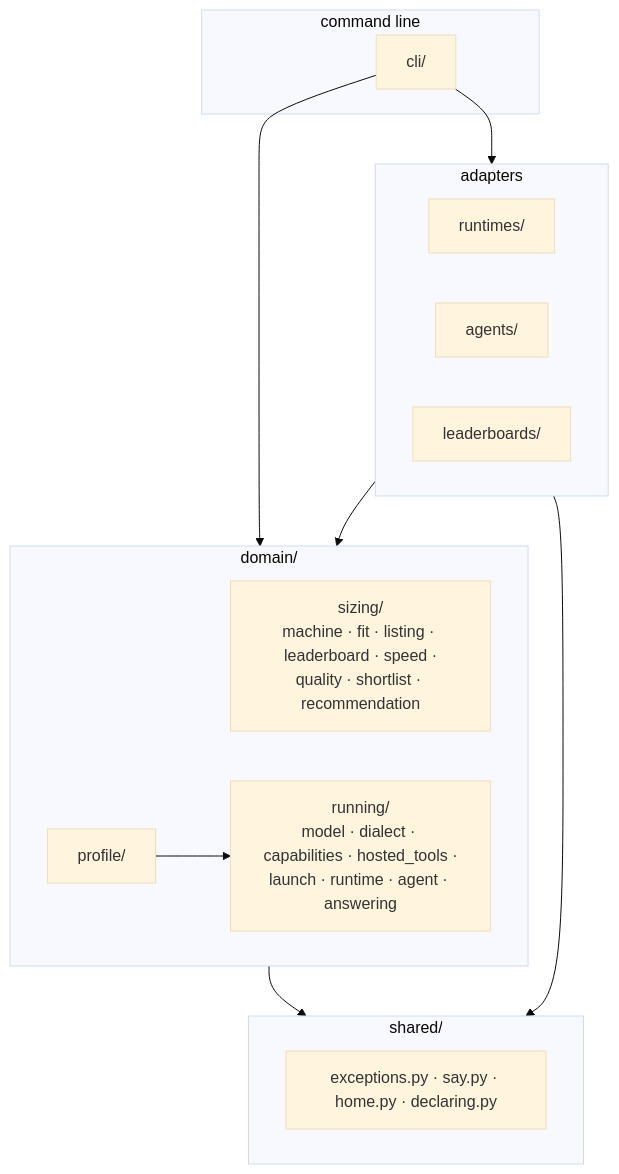
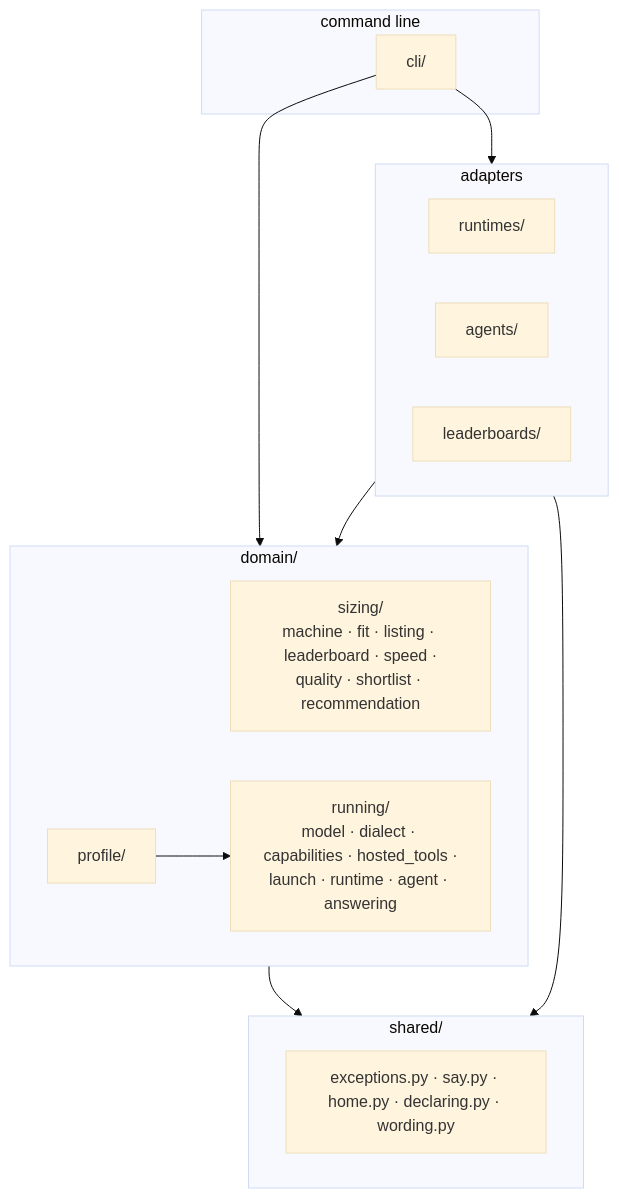
One commit to pvardanis/offgrid changed the first of 3 diagrams in docs/architecture.md. Above: the diagram before and after it, drawn with Mermaid (base theme). The commit also changed other lines of this file and 5 other files, not shown here.

````diff
--- a/docs/architecture.md
+++ b/docs/architecture.md
@@ -13,26 +13,26 @@
 ```mermaid
 flowchart TD
     subgraph cmd [command line]
         cli["cli/"]
     end
     subgraph adapters [adapters]
         rt["runtimes/"]
         ag["agents/"]
         lb["leaderboards/"]
     end
     subgraph domain ["domain/"]
         sizing["sizing/<br/>machine · fit · listing · leaderboard · speed ·<br/>quality · shortlist · recommendation"]
         running["running/<br/>model · dialect · capabilities · hosted_tools ·<br/>launch · runtime · agent · answering"]
         profile["profile/"]
     end
     subgraph shared ["shared/"]
-        sh["exceptions.py · say.py · home.py · declaring.py"]
+        sh["exceptions.py · say.py · home.py · declaring.py · wording.py"]
     end
 
     cli --> adapters
     cli --> domain
     adapters --> domain
     domain --> shared
     adapters --> shared
     profile --> running
 ```
````
